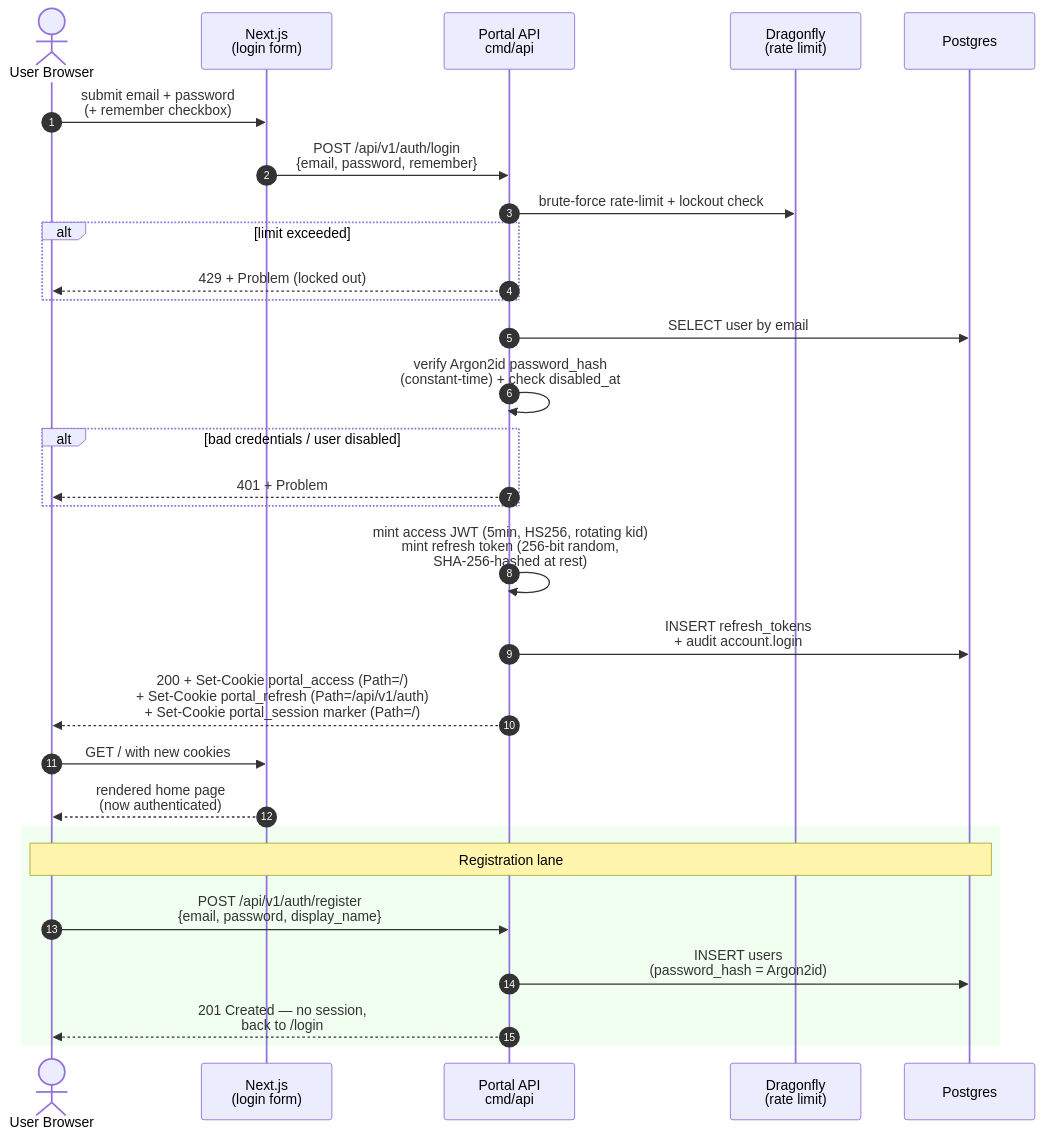
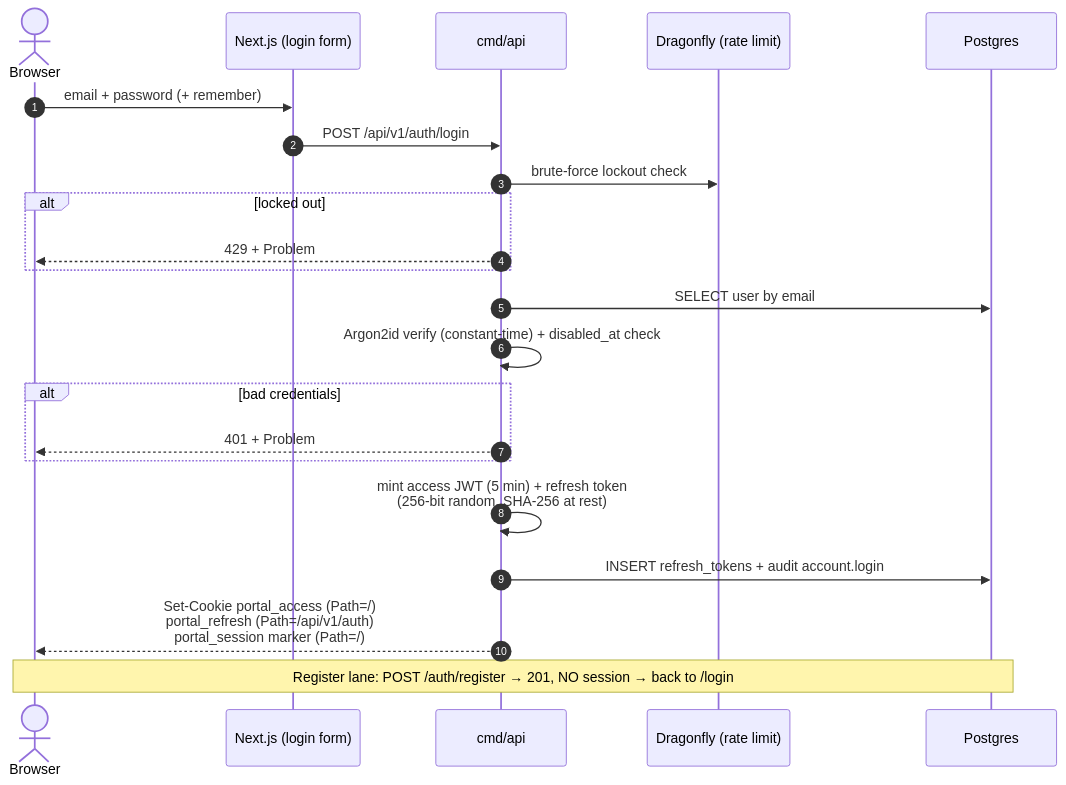
The fifth of 8 diagrams in docs/architecture/diagrams.md (jackone2991/portal), drawn with Mermaid before and after one commit. The commit also changed other lines of this file and 4 other files, not shown here.

````diff
--- a/docs/architecture/diagrams.md
+++ b/docs/architecture/diagrams.md
@@ -373,37 +273,26 @@
 ```mermaid
 sequenceDiagram
     autonumber
-    actor U as User Browser
-    participant N as Next.js<br/>(login form)
-    participant A as Portal API<br/>cmd/api
-    participant Rd as Dragonfly<br/>(rate limit)
+    actor U as Browser
+    participant N as Next.js (login form)
+    participant A as cmd/api
+    participant Rd as Dragonfly (rate limit)
     participant PG as Postgres
 
-    U->>N: submit email + password<br/>(+ remember checkbox)
-    N->>A: POST /api/v1/auth/login<br/>{email, password, remember}
-
-    A->>Rd: brute-force rate-limit + lockout check
-    alt limit exceeded
-        A-->>U: 429 + Problem (locked out)
+    U->>N: email + password (+ remember)
+    N->>A: POST /api/v1/auth/login
+    A->>Rd: brute-force lockout check
+    alt locked out
+        A-->>U: 429 + Problem
     end
-
     A->>PG: SELECT user by email
-    A->>A: verify Argon2id password_hash<br/>(constant-time) + check disabled_at
-    alt bad credentials / user disabled
+    A->>A: Argon2id verify (constant-time) + disabled_at check
+    alt bad credentials
         A-->>U: 401 + Problem
     end
+    A->>A: mint access JWT (5 min) + refresh token<br/>(256-bit random, SHA-256 at rest)
+    A->>PG: INSERT refresh_tokens + audit account.login
+    A-->>U: Set-Cookie portal_access (Path=/)<br/>portal_refresh (Path=/api/v1/auth)<br/>portal_session marker (Path=/)
 
-    A->>A: mint access JWT (5min, HS256, rotating kid)<br/>mint refresh token (256-bit random,<br/>SHA-256-hashed at rest)
-    A->>PG: INSERT refresh_tokens<br/>+ audit account.login
-    A-->>U: 200 + Set-Cookie portal_access (Path=/)<br/>+ Set-Cookie portal_refresh (Path=/api/v1/auth)<br/>+ Set-Cookie portal_session marker (Path=/)
-
-    U->>N: GET / with new cookies
-    N-->>U: rendered home page<br/>(now authenticated)
-
-    rect rgb(240, 255, 240)
-        Note over U,PG: Registration lane
-        U->>A: POST /api/v1/auth/register<br/>{email, password, display_name}
-        A->>PG: INSERT users<br/>(password_hash = Argon2id)
-        A-->>U: 201 Created — no session,<br/>back to /login
-    end
+    Note over U,PG: Register lane: POST /auth/register → 201, NO session → back to /login
 ```
````
